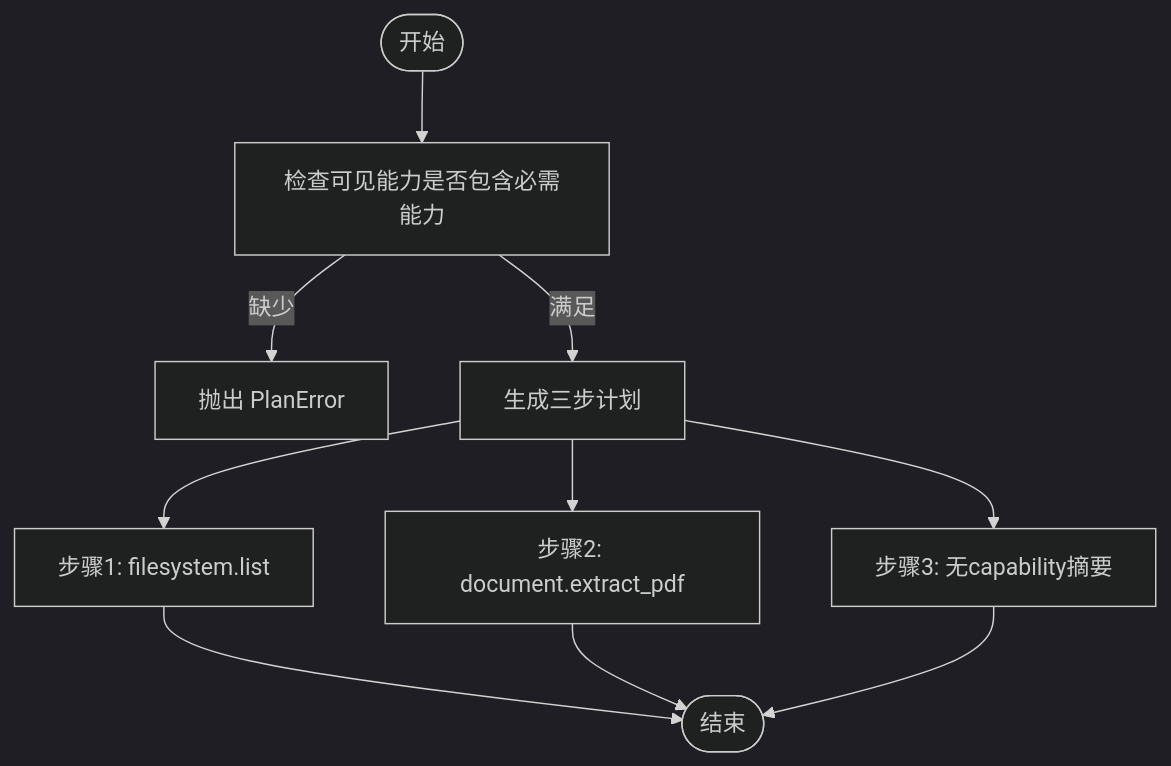
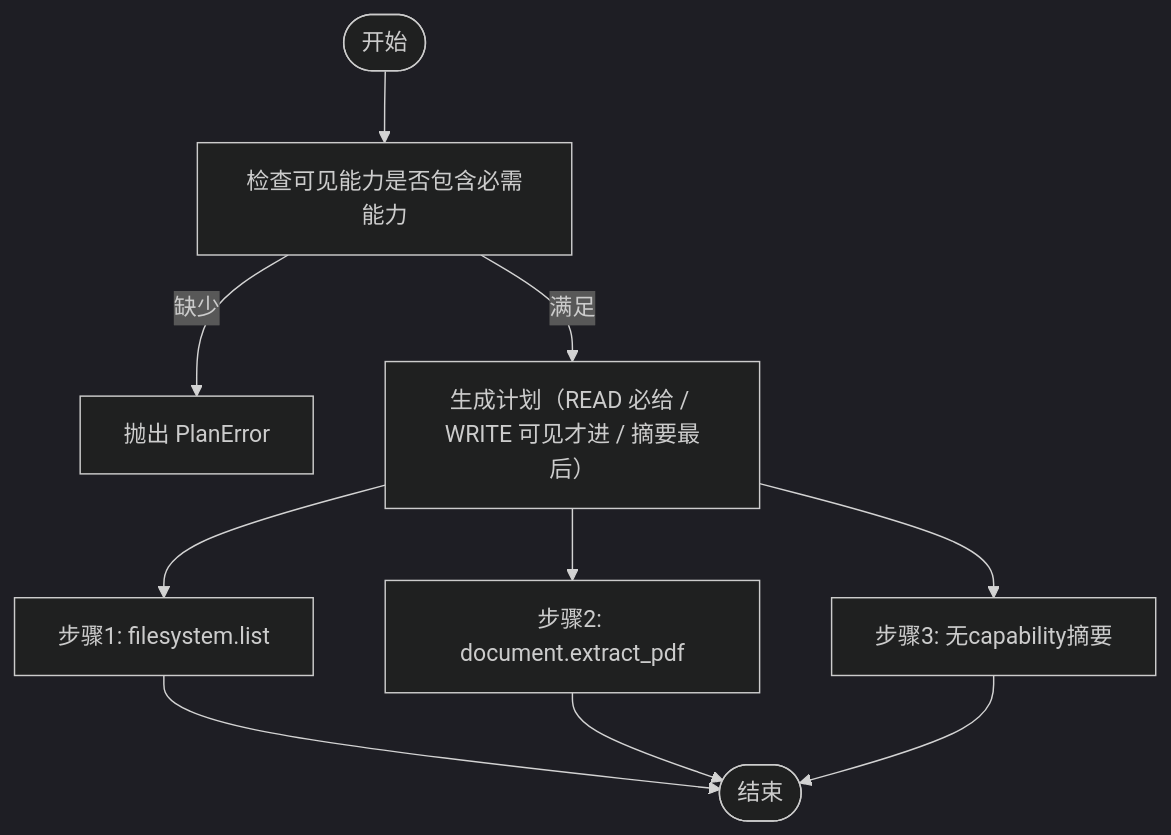
The third of 7 diagrams in .repowiki/zh/content/架构设计/Python 运行时架构/规划系统.md (Azusa010/personal-agent), drawn with Mermaid (dark theme) before and after one commit. The commit also changed other lines of this file and 64 other files, not shown here.

````diff
--- a/.repowiki/zh/content/架构设计/Python 运行时架构/规划系统.md
+++ b/.repowiki/zh/content/架构设计/Python 运行时架构/规划系统.md
@@ -168,12 +168,12 @@
 ```mermaid
 flowchart TD
 Start(["开始"]) --> CheckCap["检查可见能力是否包含必需能力"]
 CheckCap --> |缺少| RaiseErr["抛出 PlanError"]
-CheckCap --> |满足| GenSteps["生成三步计划"]
+CheckCap --> |满足| GenSteps["生成计划（READ 必给 / WRITE 可见才进 / 摘要最后）"]
 GenSteps --> Step1["步骤1: filesystem.list"]
 GenSteps --> Step2["步骤2: document.extract_pdf"]
 GenSteps --> Step3["步骤3: 无capability摘要"]
 Step1 --> End(["结束"])
 Step2 --> End
 Step3 --> End
 ```
````
